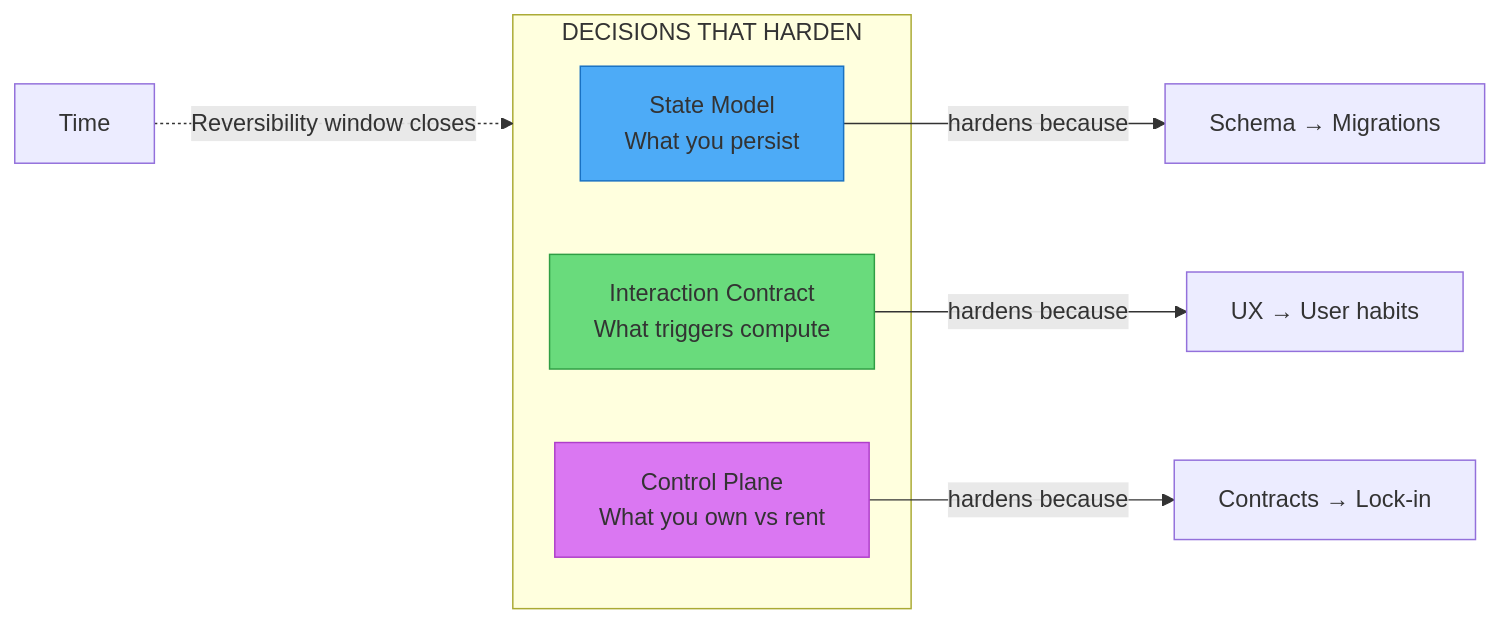
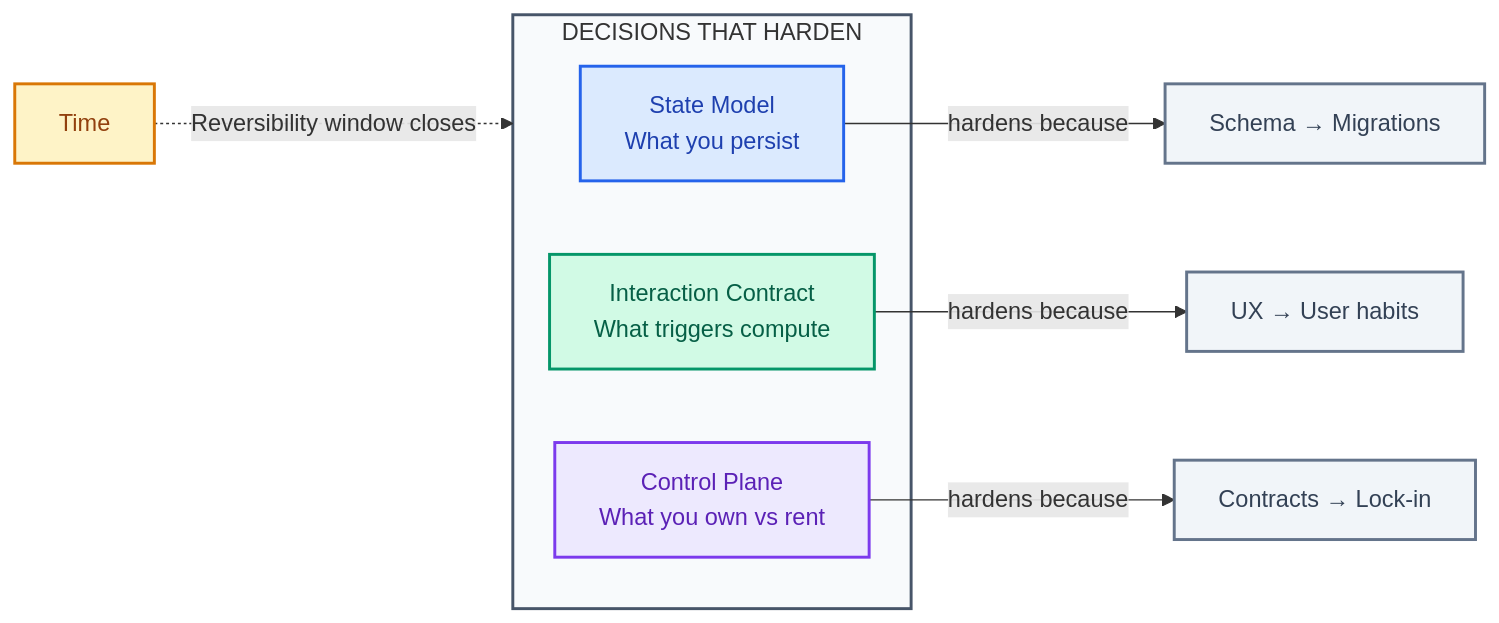
Before and after one commit to whoisrade/agentic-field-manual: the third of 3 diagrams in README.md, drawn with Mermaid. The commit also changed other lines of this file and 18 other files, not shown here.

Commit message:
refine mermaid diagrams with enterprise color palette

````diff
--- a/README.md
+++ b/README.md
@@ -320,18 +327,23 @@
 ```mermaid
 flowchart LR
     subgraph Decisions["DECISIONS THAT HARDEN"]
         SM["State Model<br/>What you persist"]
         IC["Interaction Contract<br/>What triggers compute"]
         CP["Control Plane<br/>What you own vs rent"]
     end
     
     SM -->|"hardens because"| H1["Schema → Migrations"]
     IC -->|"hardens because"| H2["UX → User habits"]
     CP -->|"hardens because"| H3["Contracts → Lock-in"]
     
-    Time[Time] -.->|"Reversibility window closes"| Decisions
+    Time["Time"] -.->|"Reversibility window closes"| Decisions
     
-    style SM fill:#4dabf7,stroke:#1971c2
-    style IC fill:#69db7c,stroke:#2f9e44
-    style CP fill:#da77f2,stroke:#ae3ec9
+    style Decisions fill:#f8fafc,stroke:#475569,stroke-width:2px
+    style SM fill:#dbeafe,stroke:#2563eb,stroke-width:2px,color:#1e40af
+    style IC fill:#d1fae5,stroke:#059669,stroke-width:2px,color:#065f46
+    style CP fill:#ede9fe,stroke:#7c3aed,stroke-width:2px,color:#5b21b6
+    style H1 fill:#f1f5f9,stroke:#64748b,stroke-width:2px,color:#334155
+    style H2 fill:#f1f5f9,stroke:#64748b,stroke-width:2px,color:#334155
+    style H3 fill:#f1f5f9,stroke:#64748b,stroke-width:2px,color:#334155
+    style Time fill:#fef3c7,stroke:#d97706,stroke-width:2px,color:#92400e
 ```
````
